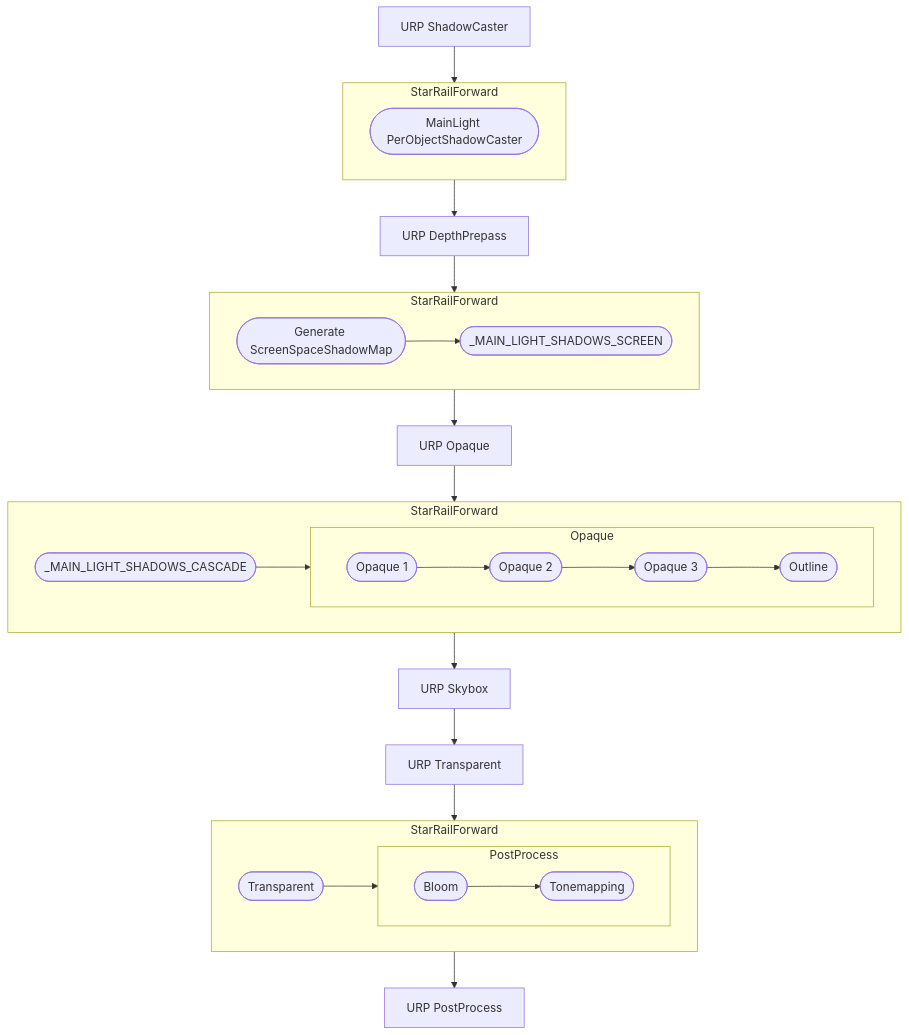
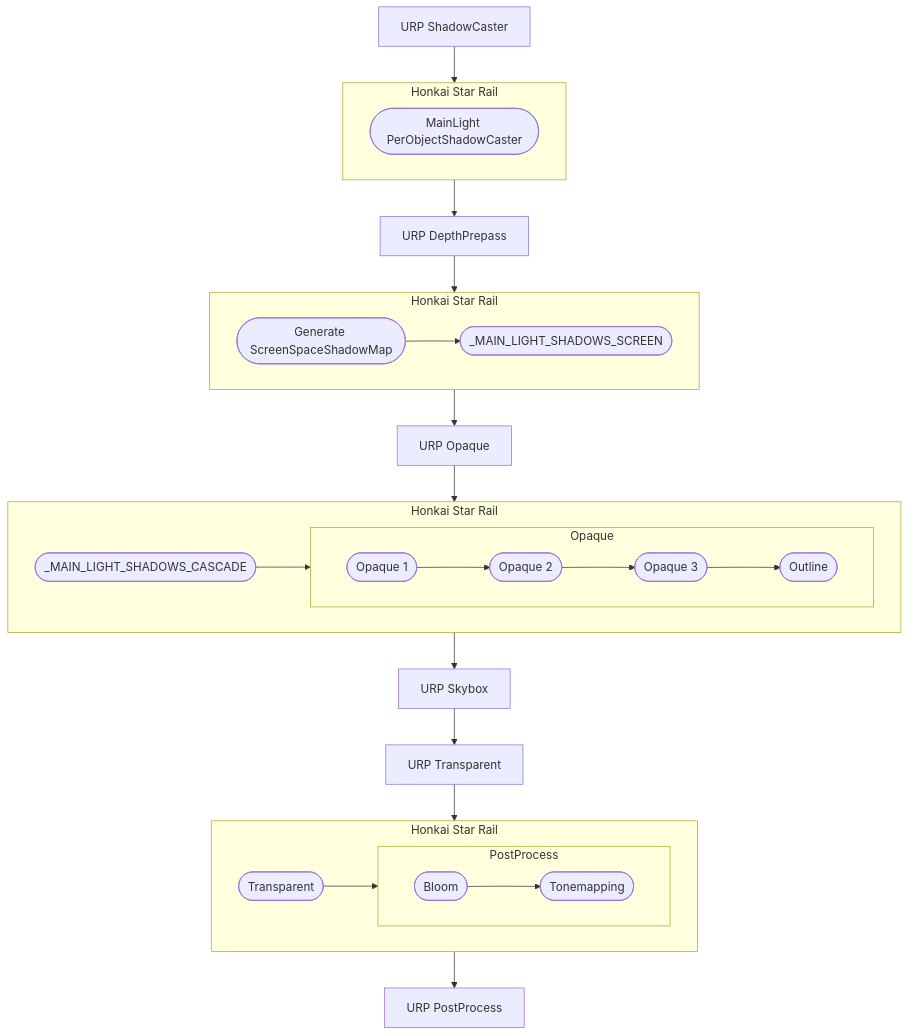
The diagram in Documentation~/en-us/a-rough-flow-chart-of-this-pipeline.md (stalomeow/StarRailNPRShader), drawn with Mermaid before and after one commit. The commit also changed 1 other file, not shown here.

````diff
--- a/Documentation~/en-us/a-rough-flow-chart-of-this-pipeline.md
+++ b/Documentation~/en-us/a-rough-flow-chart-of-this-pipeline.md
@@ -3,46 +3,46 @@
 ``` mermaid
 flowchart TD
     URPShadowCaster[URP ShadowCaster] --> StarRail1
 
-    subgraph StarRail1[StarRailForward]
+    subgraph StarRail1[Honkai Star Rail]
         PerObjShadowCaster([MainLight PerObjectShadowCaster])
     end
 
     StarRail1 --> URPDepthPrepass[URP DepthPrepass]
     URPDepthPrepass --> StarRail2
 
-    subgraph StarRail2[StarRailForward]
+    subgraph StarRail2[Honkai Star Rail]
         ScreenSpaceShadow([Generate ScreenSpaceShadowMap]) --> ScreenSpaceShadowKeyword
         ScreenSpaceShadowKeyword([_MAIN_LIGHT_SHADOWS_SCREEN])
     end
 
     StarRail2 --> URPOpaque[URP Opaque]
     URPOpaque --> StarRail3
 
-    subgraph StarRail3[StarRailForward]
+    subgraph StarRail3[Honkai Star Rail]
         CascadedShadow(["_MAIN_LIGHT_SHADOWS_CASCADE"])
         CascadedShadow --> SROpaque
 
         subgraph SROpaque["Opaque"]
             direction LR
             SROpaque1([Opaque 1]) --> SROpaque2([Opaque 2])
             SROpaque2 --> SROpaque3([Opaque 3])
             SROpaque3 --> SROpaqueOutline([Outline])
         end
     end
 
     StarRail3 --> URPSkybox[URP Skybox]
     URPSkybox --> URPTransparent[URP Transparent]
     URPTransparent --> StarRail4
 
-    subgraph StarRail4[StarRailForward]
+    subgraph StarRail4[Honkai Star Rail]
         SRTransparent(["Transparent"]) --> SRPost
 
         subgraph SRPost[PostProcess]
             direction LR
             SRBloom([Bloom]) --> SRTonemapping([Tonemapping])
         end
     end
 
     StarRail4 --> URPPost[URP PostProcess]
 ```
````
